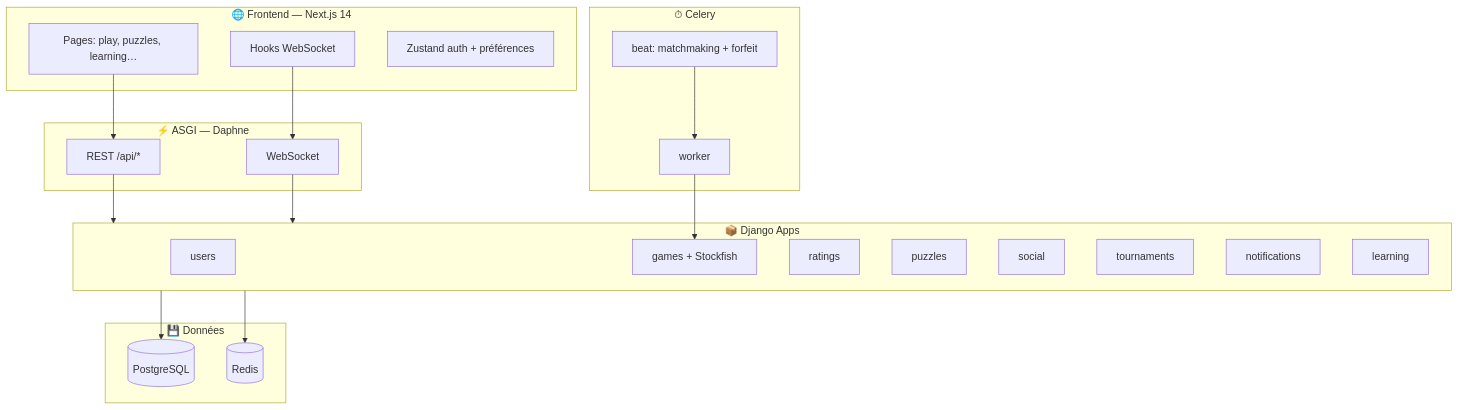
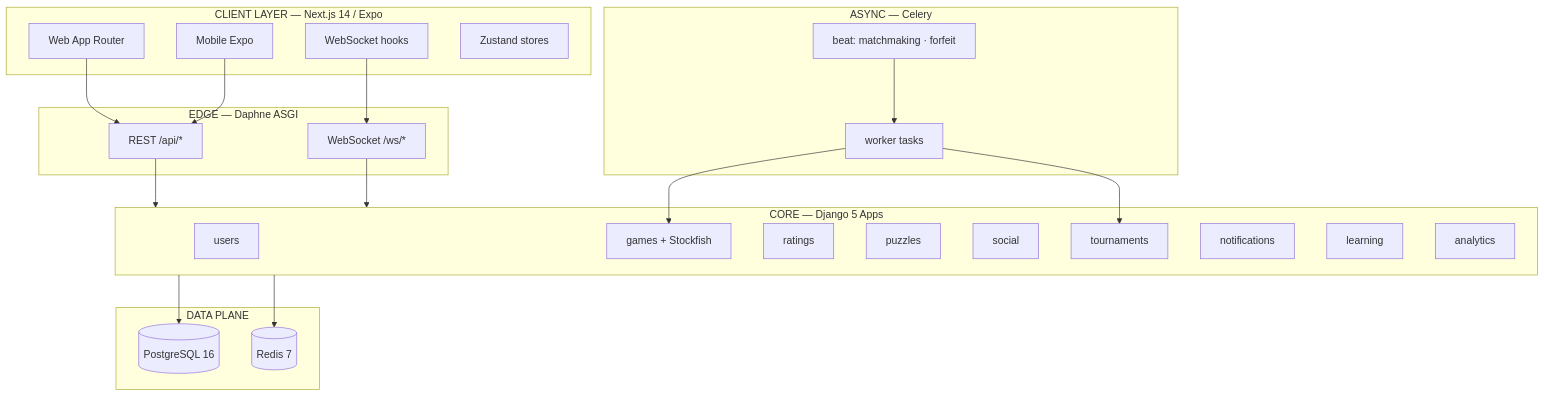
One commit to MaximeKELI/AFRICHESS changed the third of 11 diagrams in README.md. Above: the diagram before and after it, drawn with Mermaid. The commit also changed other lines of this file and 6 other files, not shown here.

````diff
--- a/README.md
+++ b/README.md
@@ -114,43 +197,47 @@
 ```mermaid
 flowchart TB
-    subgraph Client["🌐 Frontend — Next.js 14"]
-        P[Pages: play, puzzles, learning…]
-        WS_C[Hooks WebSocket]
-        Z[Zustand auth + préférences]
+    subgraph CLIENT["CLIENT LAYER — Next.js 14 / Expo"]
+        WEB[Web App Router]
+        MOB[Mobile Expo]
+        WS_C[WebSocket hooks]
+        ZST[Zustand stores]
     end
 
-    subgraph Edge["⚡ ASGI — Daphne"]
-        API[REST /api/*]
-        WSG[WebSocket]
+    subgraph EDGE["EDGE — Daphne ASGI"]
+        REST[REST /api/*]
+        WSS[WebSocket /ws/*]
     end
 
-    subgraph Apps["📦 Django Apps"]
+    subgraph CORE["CORE — Django 5 Apps"]
         U[users]
         G[games + Stockfish]
         R[ratings]
         PU[puzzles]
         SO[social]
         TO[tournaments]
         NO[notifications]
         LE[learning]
+        AN[analytics]
     end
 
-    subgraph Data["💾 Données"]
-        PG[(PostgreSQL)]
-        RD[(Redis)]
+    subgraph DATA["DATA PLANE"]
+        PG[(PostgreSQL 16)]
+        RD[(Redis 7)]
     end
 
-    subgraph Workers["⏱ Celery"]
-        BEAT[beat: matchmaking + forfeit]
-        WRK[worker]
+    subgraph ASYNC["ASYNC — Celery"]
+        BEAT[beat: matchmaking · forfeit]
+        WRK[worker tasks]
     end
 
-    P --> API
-    WS_C --> WSG
-    API --> Apps
-    WSG --> Apps
-    Apps --> PG
-    Apps --> RD
+    WEB --> REST
+    MOB --> REST
+    WS_C --> WSS
+    REST --> CORE
+    WSS --> CORE
+    CORE --> PG
+    CORE --> RD
     BEAT --> WRK
     WRK --> G
+    WRK --> TO
 ```
````
